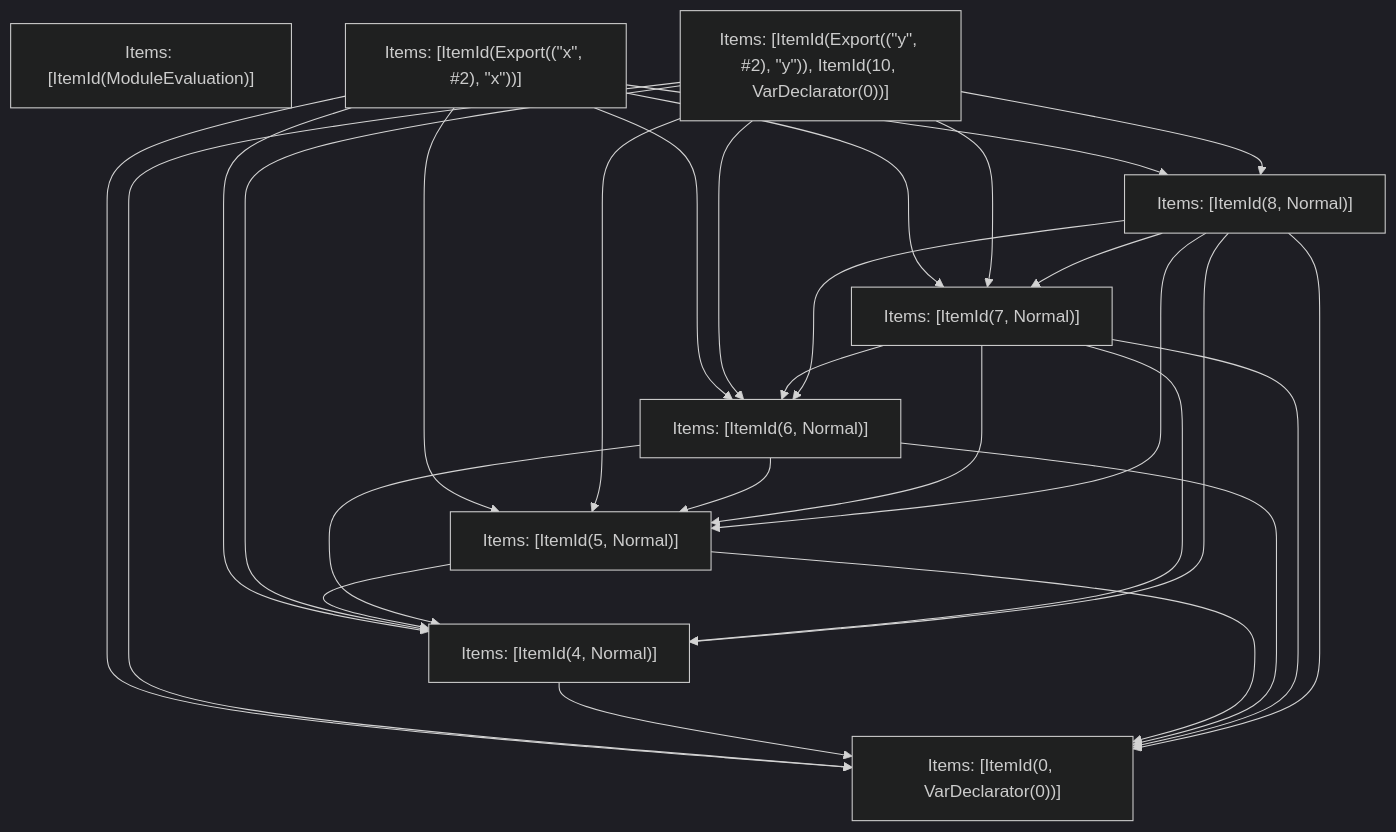
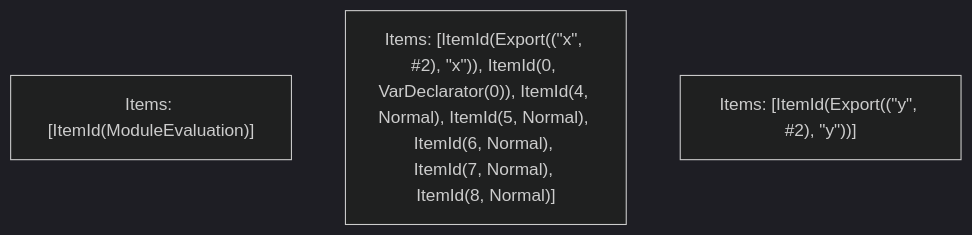
One commit to vercel/turborepo changed the fifth of 5 diagrams in crates/turbopack-ecmascript/tests/tree-shaker/analyzer/grouping/output.md. Above: the diagram before and after it, drawn with Mermaid (dark theme). The commit also changed other lines of this file and 20 other files, not shown here.

````diff
--- a/crates/turbopack-ecmascript/tests/tree-shaker/analyzer/grouping/output.md
+++ b/crates/turbopack-ecmascript/tests/tree-shaker/analyzer/grouping/output.md
@@ -268,39 +232,6 @@
 ```mermaid
 graph TD
     N0["Items: [ItemId(ModuleEvaluation)]"];
-    N1["Items: [ItemId(Export((&quot;x&quot;, #2), &quot;x&quot;))]"];
-    N2["Items: [ItemId(Export((&quot;y&quot;, #2), &quot;y&quot;)), ItemId(10, VarDeclarator(0))]"];
-    N3["Items: [ItemId(0, VarDeclarator(0))]"];
-    N4["Items: [ItemId(4, Normal)]"];
-    N5["Items: [ItemId(5, Normal)]"];
-    N6["Items: [ItemId(6, Normal)]"];
-    N7["Items: [ItemId(7, Normal)]"];
-    N8["Items: [ItemId(8, Normal)]"];
-    N1 --> N3;
-    N1 --> N4;
-    N1 --> N5;
-    N1 --> N6;
-    N1 --> N7;
-    N1 --> N8;
-    N2 --> N3;
-    N2 --> N4;
-    N2 --> N5;
-    N2 --> N6;
-    N2 --> N7;
-    N2 --> N8;
-    N4 --> N3;
-    N5 --> N3;
-    N5 --> N4;
-    N6 --> N3;
-    N6 --> N4;
-    N6 --> N5;
-    N7 --> N3;
-    N7 --> N4;
-    N7 --> N5;
-    N7 --> N6;
-    N8 --> N3;
-    N8 --> N4;
-    N8 --> N5;
-    N8 --> N6;
-    N8 --> N7;
+    N1["Items: [ItemId(Export((&quot;x&quot;, #2), &quot;x&quot;)), ItemId(0, VarDeclarator(0)), ItemId(4, Normal), ItemId(5, Normal), ItemId(6, Normal), ItemId(7, Normal), ItemId(8, Normal)]"];
+    N2["Items: [ItemId(Export((&quot;y&quot;, #2), &quot;y&quot;))]"];
 ```
````
